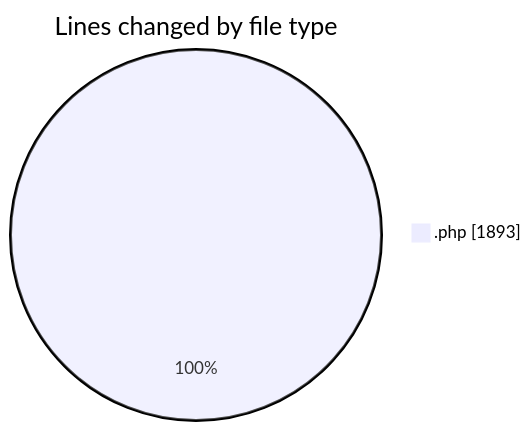
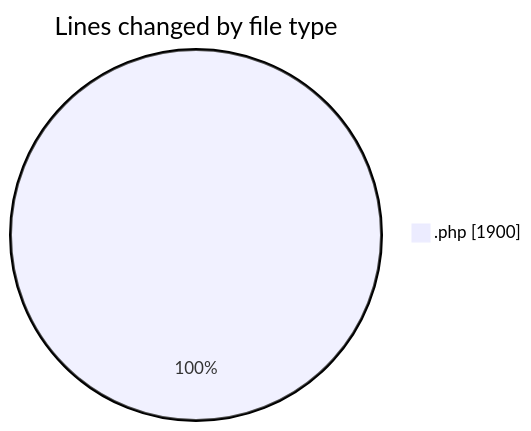
Before and after one commit to vahidmafi/code-tracking: the first of 2 diagrams in 2025-04-18/zeytoon/README.md, drawn with Mermaid. The commit also changed other lines of this file and 1 other file, not shown here.

````diff
--- a/2025-04-18/zeytoon/README.md
+++ b/2025-04-18/zeytoon/README.md
@@ -20,5 +20,5 @@
 ```mermaid
 pie showData
 title Lines changed by file type
-".php" : 1893
+".php" : 1900
 ```
````
